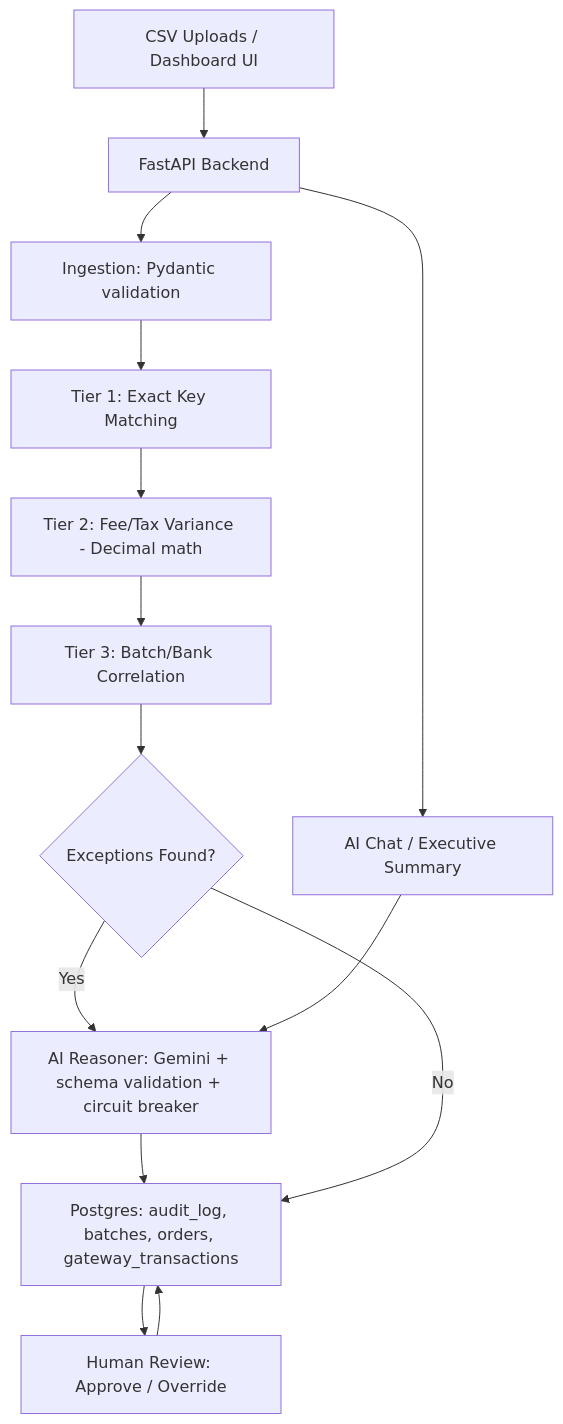
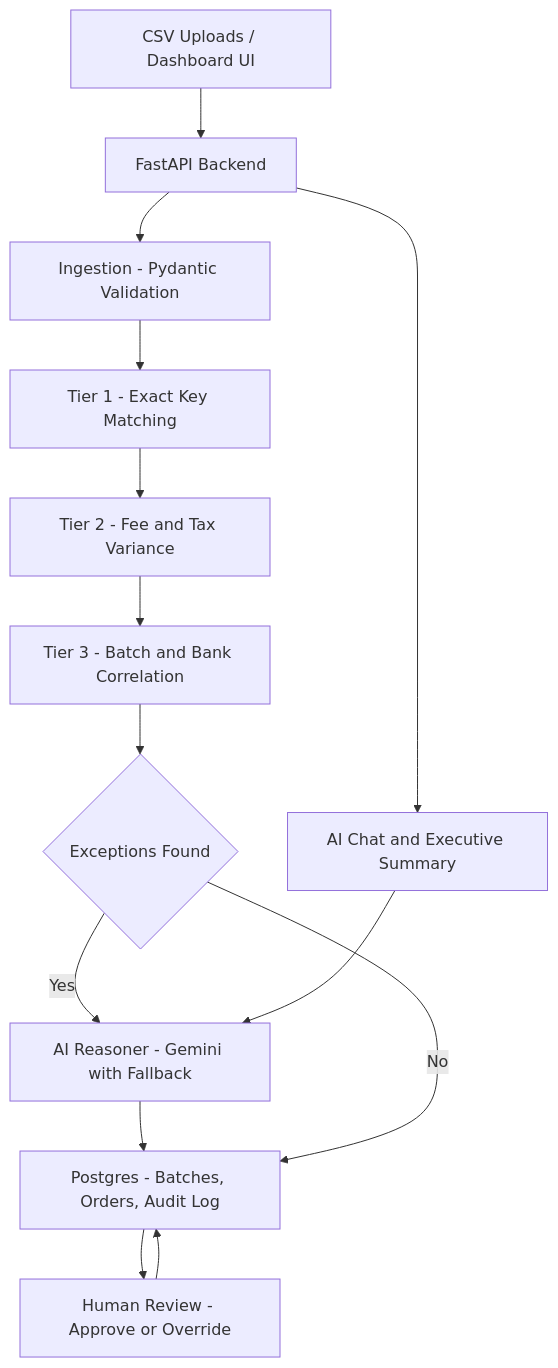
Before and after one commit to adityashete207/payrecon: the diagram in README.md, drawn with Mermaid. The commit also changed other lines of this file, not shown here.

Commit message:
Fix Mermaid diagram syntax for GitHub rendering

````diff
--- a/README.md
+++ b/README.md
@@ -29,16 +29,16 @@
 ```mermaid
 flowchart TD
-    A[CSV Uploads / Dashboard UI] --> B[FastAPI Backend]
-    B --> C[Ingestion: Pydantic validation]
-    C --> D[Tier 1: Exact Key Matching]
-    D --> E[Tier 2: Fee/Tax Variance - Decimal math]
-    E --> F[Tier 3: Batch/Bank Correlation]
-    F --> G{Exceptions Found?}
-    G -->|Yes| H[AI Reasoner: Gemini + schema validation + circuit breaker]
-    H --> I[Postgres: audit_log, batches, orders, gateway_transactions]
+    A["CSV Uploads / Dashboard UI"] --> B["FastAPI Backend"]
+    B --> C["Ingestion - Pydantic Validation"]
+    C --> D["Tier 1 - Exact Key Matching"]
+    D --> E["Tier 2 - Fee and Tax Variance"]
+    E --> F["Tier 3 - Batch and Bank Correlation"]
+    F --> G{"Exceptions Found"}
+    G -->|Yes| H["AI Reasoner - Gemini with Fallback"]
+    H --> I["Postgres - Batches, Orders, Audit Log"]
     G -->|No| I
-    B --> J[AI Chat / Executive Summary]
+    B --> J["AI Chat and Executive Summary"]
     J --> H
-    I --> K[Human Review: Approve / Override]
+    I --> K["Human Review - Approve or Override"]
     K --> I
 ```
````
